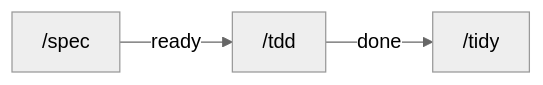
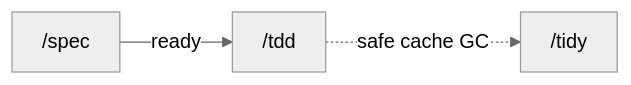
The diagram in README.md (SilentUniverse/CosmosSkills), drawn with Mermaid before and after one commit. The commit also changed other lines of this file and 40 other files, not shown here.

````diff
--- a/README.md
+++ b/README.md
@@ -81,8 +81,9 @@
 ```mermaid
 %%{init: {"theme": "neutral", "flowchart": {"curve": "basis", "padding": 12}}}%%
 flowchart LR
   spec["/spec"]
   tdd["/tdd"]
   tidy["/tidy"]
-  spec -->|"ready"| tdd -->|"done"| tidy
+  spec -->|"ready"| tdd
+  tdd -. "safe cache GC" .-> tidy
 ```
````
